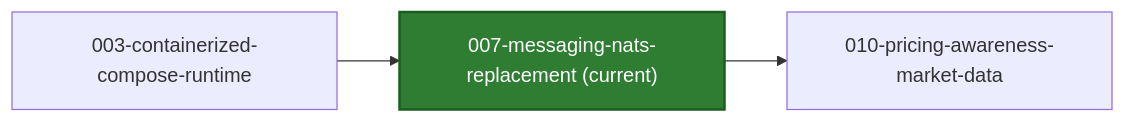
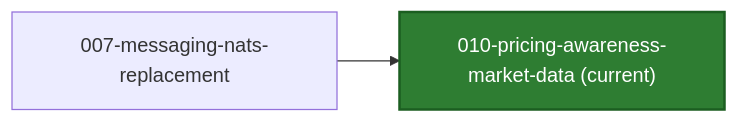
One commit to finos/traderX changed the diagram in README.md. Above: the diagram before and after it, drawn with Mermaid. The commit also changed other lines of this file and 46 other files, not shown here.

First line of the commit message:
snapshot: 010-pricing-awareness-market-data generated from 68d19a554c7480a615b19c024eb0a88228c6b9ad

````diff
--- a/README.md
+++ b/README.md
@@ -21,10 +21,8 @@
 ```mermaid
 flowchart LR
-  S_CUR["007-messaging-nats-replacement (current)"]
+  S_CUR["010-pricing-awareness-market-data (current)"]
   style S_CUR fill:#2e7d32,stroke:#1b5e20,color:#ffffff,stroke-width:2px
-  S_PREV_003_containerized_compose_runtime["003-containerized-compose-runtime"] --> S_CUR
-  click S_PREV_003_containerized_compose_runtime href "https://github.com/finos/traderX/tree/code%2Fgenerated-state-003-containerized-compose-runtime" "Open branch"
-  S_CUR --> S_NEXT_010_pricing_awareness_market_data["010-pricing-awareness-market-data"]
-  click S_NEXT_010_pricing_awareness_market_data href "https://github.com/finos/traderX/tree/code%2Fgenerated-state-010-pricing-awareness-market-data" "Open branch"
-  click S_CUR href "https://github.com/finos/traderX/tree/code%2Fgenerated-state-007-messaging-nats-replacement" "Open current branch"
+  S_PREV_007_messaging_nats_replacement["007-messaging-nats-replacement"] --> S_CUR
+  click S_PREV_007_messaging_nats_replacement href "https://github.com/finos/traderX/tree/code%2Fgenerated-state-007-messaging-nats-replacement" "Open branch"
+  click S_CUR href "https://github.com/finos/traderX/tree/code%2Fgenerated-state-010-pricing-awareness-market-data" "Open current branch"
 ```
````
